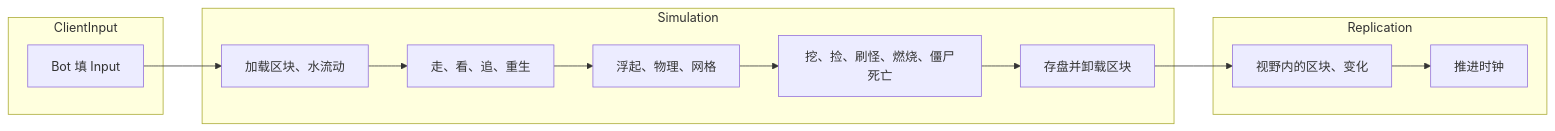
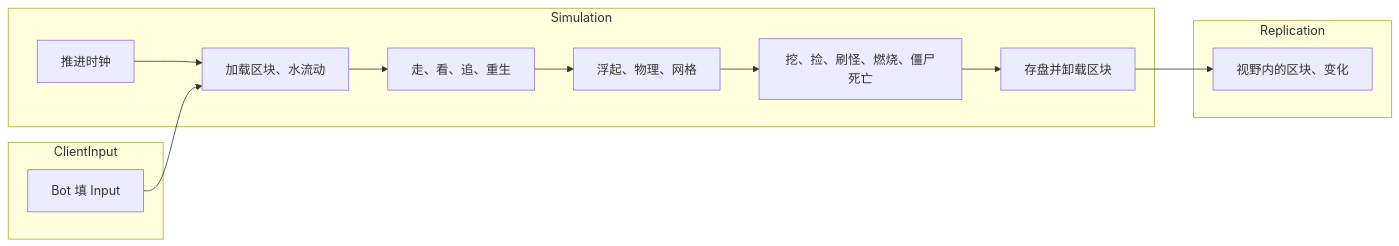
The diagram in docs/content/samples/voxel-server.zh.mdx (JasonXuDeveloper/EasyEcs), drawn with Mermaid before and after one commit. The commit also changed other lines of this file and 6 other files, not shown here.

````diff
--- a/docs/content/samples/voxel-server.zh.mdx
+++ b/docs/content/samples/voxel-server.zh.mdx
@@ -54,17 +54,18 @@
 ```mermaid
 flowchart LR
   subgraph ClientInput
     input[Bot 填 Input]
   end
   subgraph Simulation
-    world[加载区块、水流动] --> sight[走、看、追、重生]
+    clock[推进时钟] --> world[加载区块、水流动]
+    world --> sight[走、看、追、重生]
     sight --> move[浮起、物理、网格]
     move --> rules[挖、捡、刷怪、燃烧、僵尸死亡]
     rules --> unload[存盘并卸载区块]
   end
   subgraph Replication
-    send[视野内的区块、变化] --> clock[推进时钟]
+    send[视野内的区块、变化]
   end
   input --> world
   unload --> send
 ```
````
